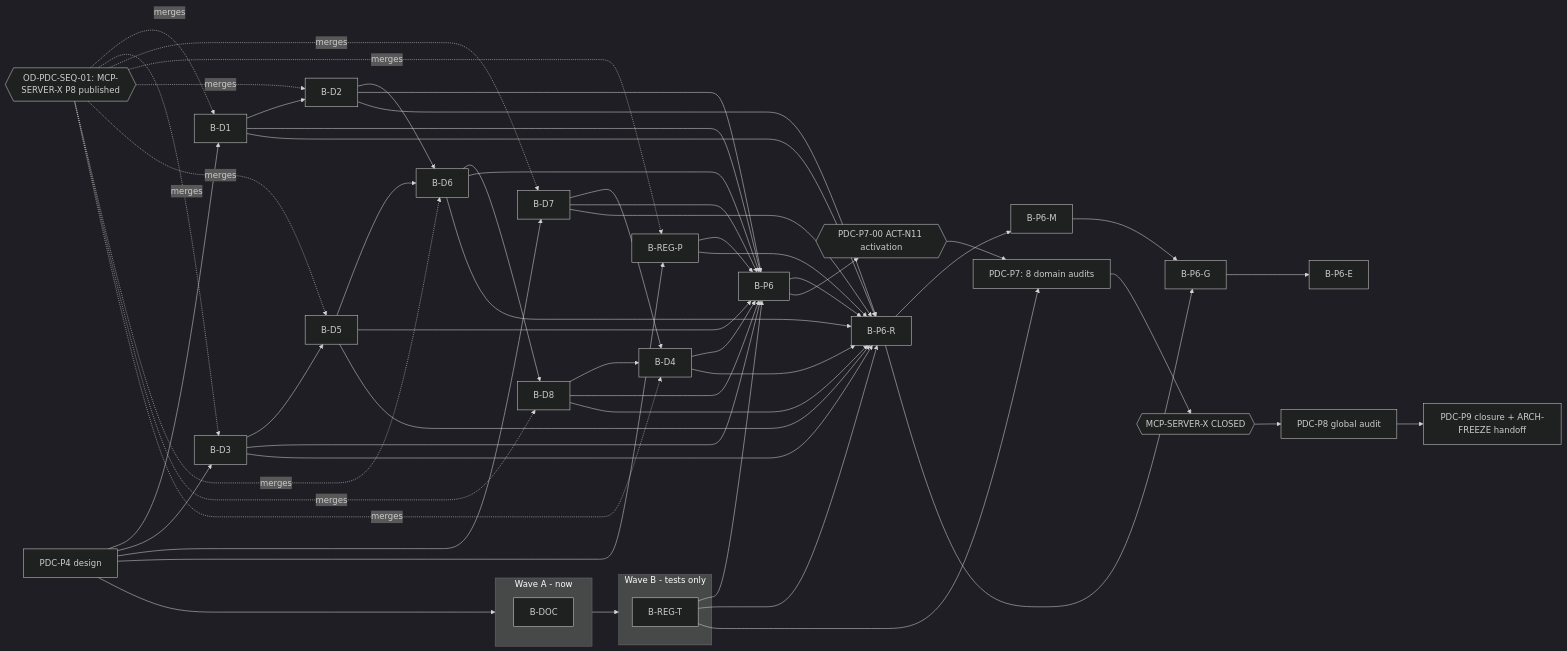
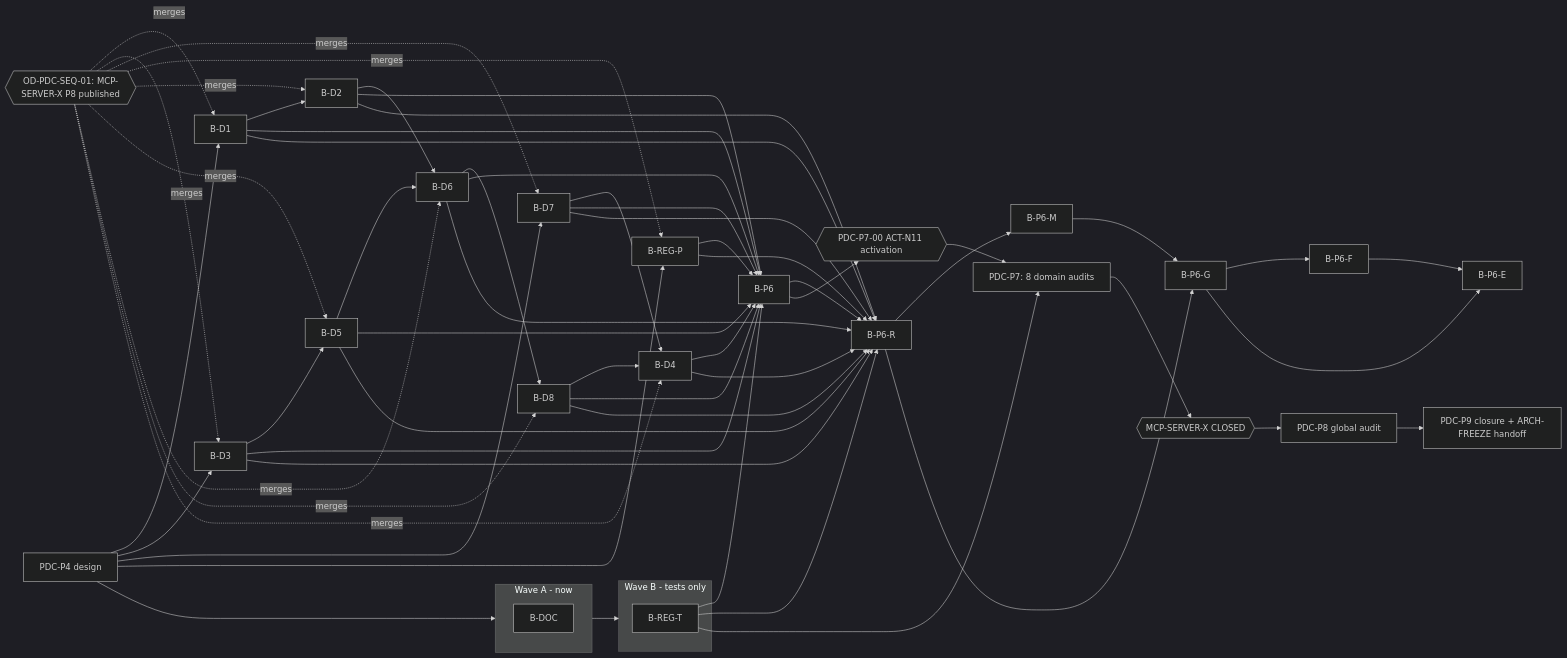
Before and after one commit to jakbuczarnecki/intergrax: the diagram in docs/project/maintainers/qualification/platform_domain_completeness/PDC_DEPENDENCY_DAG.md, drawn with Mermaid (dark theme). The commit also changed other lines of this file and 5 other files, not shown here.

````diff
--- a/docs/project/maintainers/qualification/platform_domain_completeness/PDC_DEPENDENCY_DAG.md
+++ b/docs/project/maintainers/qualification/platform_domain_completeness/PDC_DEPENDENCY_DAG.md
@@ -5,49 +5,51 @@
 ```mermaid
 graph LR
   P4[PDC-P4 design] --> WA
   subgraph WA[Wave A - now]
     B-DOC
   end
   subgraph WB[Wave B - tests only]
     B-REG-T
   end
   WA --> WB
   GATE{{OD-PDC-SEQ-01: MCP-SERVER-X P8 published}}
   B-D1 --> B-D2
   B-D3 --> B-D5
   B-D2 --> B-D6
   B-D5 --> B-D6
   B-D6 --> B-D8
   B-D7 --> B-D4
   B-D8 --> B-D4
   B-D1 --> B-P6
   B-D2 --> B-P6
   B-D3 --> B-P6
   B-D4 --> B-P6
   B-D5 --> B-P6
   B-D6 --> B-P6
   B-D7 --> B-P6
   B-D8 --> B-P6
   B-REG-P --> B-P6
   B-REG-T --> B-P6
   B-D1 --> B-P6-R
   B-D2 --> B-P6-R
   B-D3 --> B-P6-R
   B-D4 --> B-P6-R
   B-D5 --> B-P6-R
   B-D6 --> B-P6-R
   B-D7 --> B-P6-R
   B-D8 --> B-P6-R
   B-REG-P --> B-P6-R
   B-REG-T --> B-P6-R
   B-P6 --> B-P6-R
   B-P6-R --> B-P6-M
   B-P6-R --> B-P6-G
   B-P6-M --> B-P6-G
+  B-P6-G --> B-P6-F
   B-P6-G --> B-P6-E
+  B-P6-F --> B-P6-E
   P4 --> B-D1 & B-D3 & B-D7 & B-REG-P
   GATE -. merges .-> B-D1 & B-D3 & B-D7 & B-REG-P & B-D2 & B-D5 & B-D6 & B-D8 & B-D4
   B-P6 --> ACT{{PDC-P7-00 ACT-N11 activation}} --> P7[PDC-P7: 8 domain audits]
   B-REG-T --> P7
   P7 --> MCPC{{MCP-SERVER-X CLOSED}} --> P8[PDC-P8 global audit] --> P9[PDC-P9 closure + ARCH-FREEZE handoff]
 ```
````
